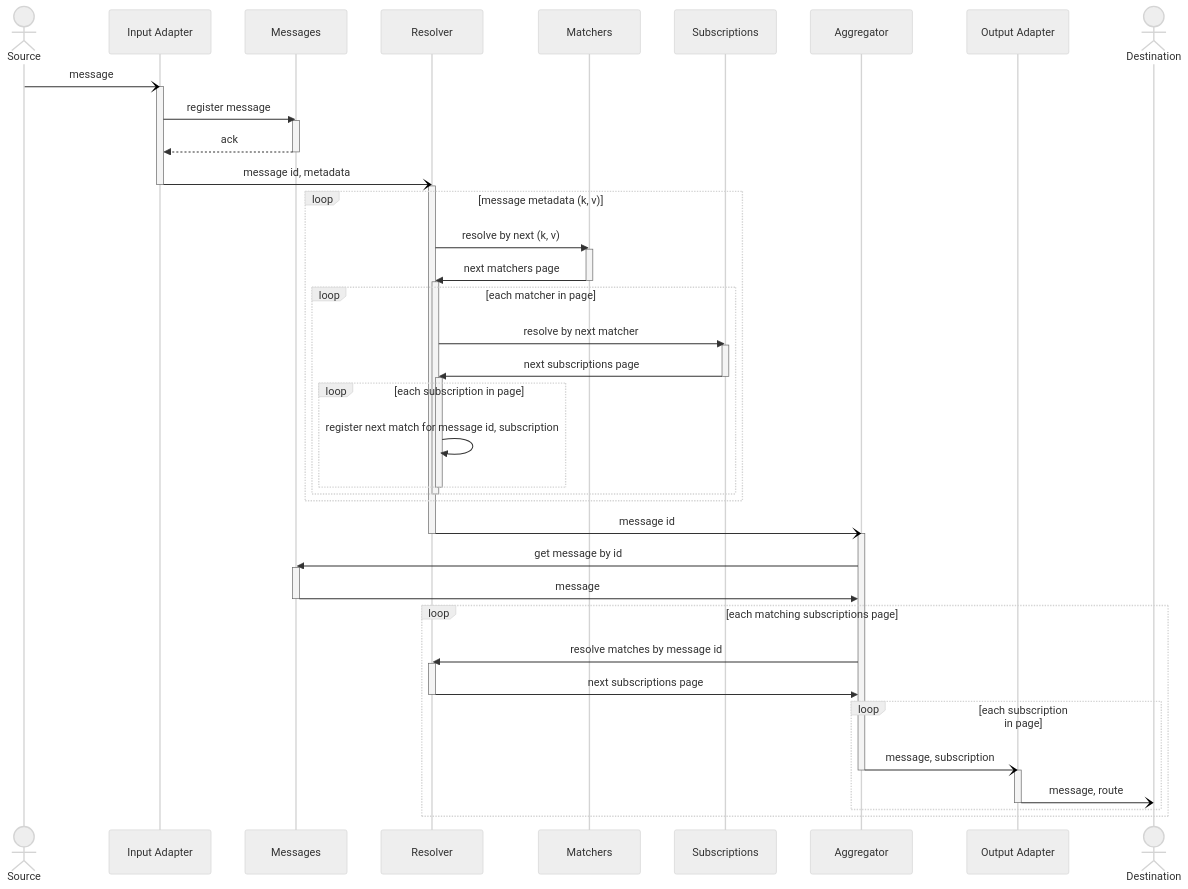
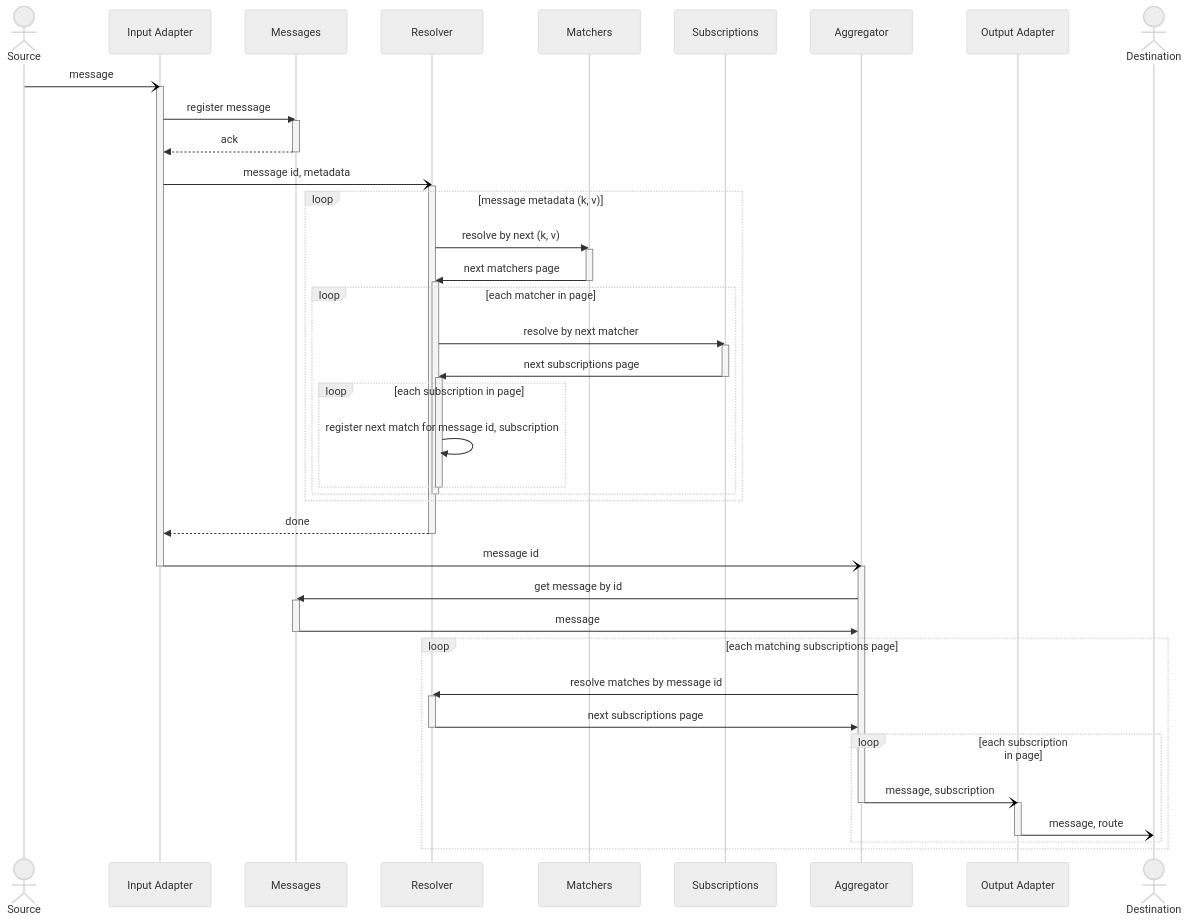
One commit to awakari/.github changed the diagram in profile/README.md. Above: the diagram before and after it, drawn with Mermaid.

````diff
--- a/profile/README.md
+++ b/profile/README.md
@@ -5,78 +5,80 @@
 ```mermaid
 %%{init: {'theme': 'neutral' } }%%
 sequenceDiagram
 
     actor Source
     participant Input Adapter
     participant Messages
     participant Resolver
     participant Matchers
     participant Subscriptions
     participant Aggregator
     participant Output Adapter
     actor Destination
 
     Source-)Input Adapter: message
     activate Input Adapter
     
     Input Adapter->>Messages: register message
     activate Messages
     Messages-->>Input Adapter: ack
     deactivate Messages
     
     Input Adapter-)Resolver: message id, metadata
-    deactivate Input Adapter
     activate Resolver
     
     loop message metadata (k, v)
     
         Resolver->>Matchers: resolve by next (k, v)
         activate Matchers
         Matchers->>Resolver: next matchers page
         deactivate Matchers
         
         activate Resolver
         loop each matcher in page
             
             Resolver->>Subscriptions: resolve by next matcher
             activate Subscriptions
             Subscriptions->>Resolver: next subscriptions page
             deactivate Subscriptions
             
             activate Resolver
             loop each subscription in page
                 Resolver->>Resolver: register next match for message id, subscription
             end
             deactivate Resolver
             
         end
         deactivate Resolver
     end
     
-    Resolver-)Aggregator: message id
+    Resolver-->>Input Adapter: done
     deactivate Resolver
+    
+    Input Adapter-)Aggregator: message id
+    deactivate Input Adapter
 
     activate Aggregator
     
     Aggregator->>Messages: get message by id
     activate Messages
     Messages->>Aggregator: message
     deactivate Messages
     
     loop each matching subscriptions page
         
         Aggregator->>Resolver: resolve matches by message id
         activate Resolver
         Resolver->>Aggregator: next subscriptions page
         deactivate Resolver
         
         loop each subscription in page
             Aggregator-)Output Adapter: message, subscription
             deactivate Aggregator
             activate Output Adapter
             Output Adapter-)Destination: message, route
             deactivate Output Adapter
         end
         
     end
 ```
````
